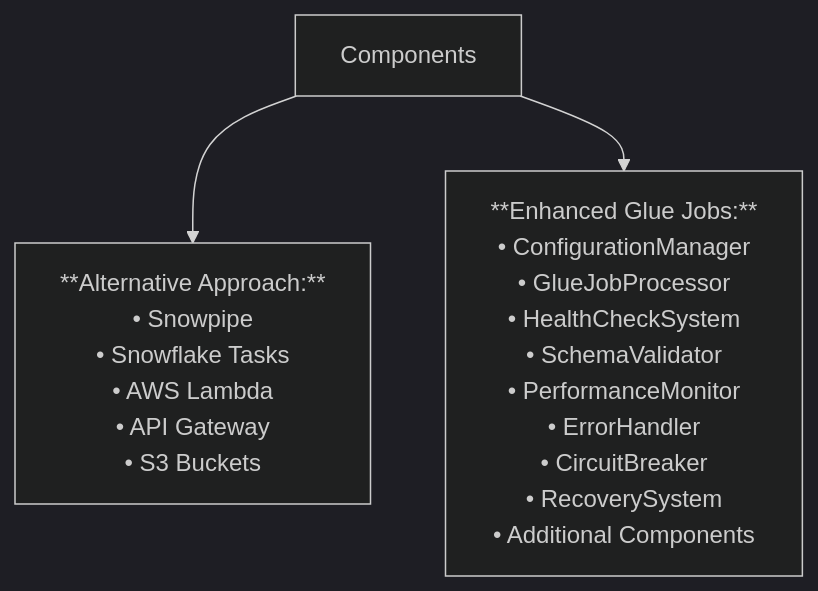
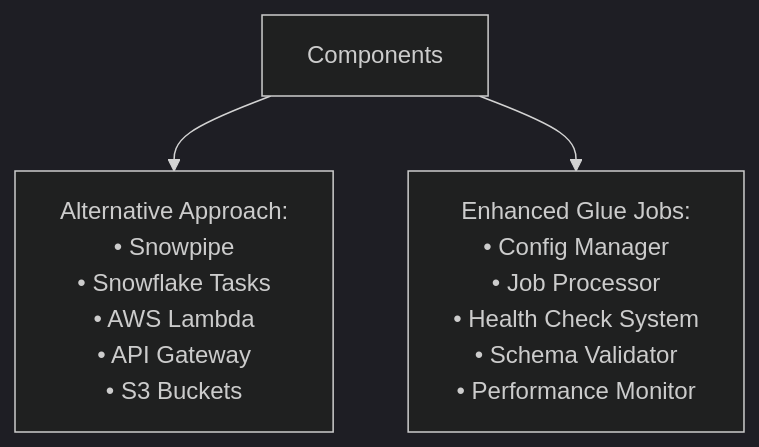
One commit to veronelazio/wezterm changed the fifth of 17 diagrams in mermaid.md. Above: the diagram before and after it, drawn with Mermaid (dark theme). The commit also changed other lines of this file, not shown here.

````diff
--- a/mermaid.md
+++ b/mermaid.md
@@ -86,8 +68,5 @@
-``` mermaid
+```mermaid
 flowchart TD
-    %% Components
-    C1["Components"]
-    C1 --> C2["**Alternative Approach:**<br>• Snowpipe<br>• Snowflake Tasks<br>• AWS Lambda<br>• API Gateway<br>• S3 Buckets"]
-    C1 --> C3["**Enhanced Glue Jobs:**<br>• ConfigurationManager<br>• GlueJobProcessor<br>• HealthCheckSystem<br>• SchemaValidator<br>• PerformanceMonitor<br>• ErrorHandler<br>• CircuitBreaker<br>• RecoverySystem<br>• Additional Components"]
-
+    C1["Components"] --> C2["Alternative Approach:<br/>• Snowpipe<br/>• Snowflake Tasks<br/>• AWS Lambda<br/>• API Gateway<br/>• S3 Buckets"]
+    C1 --> C3["Enhanced Glue Jobs:<br/>• Config Manager<br/>• Job Processor<br/>• Health Check System<br/>• Schema Validator<br/>• Performance Monitor"]
 ```
````
